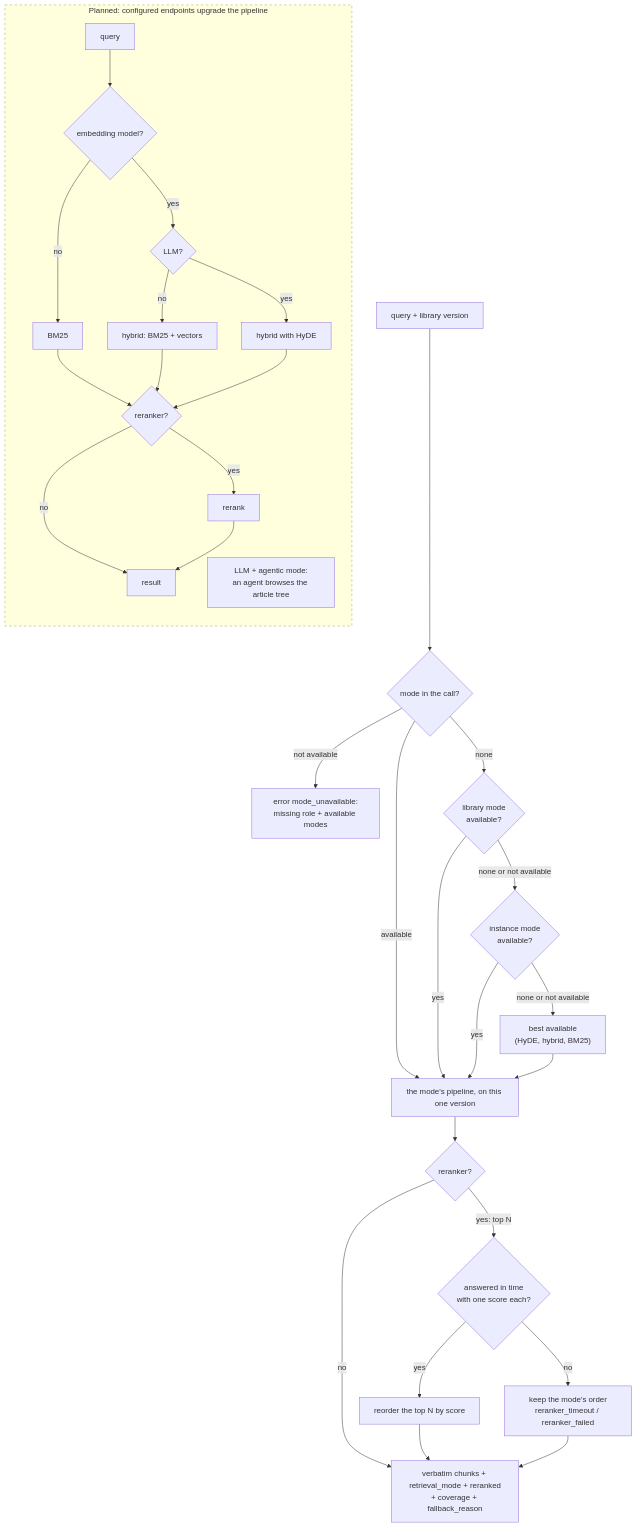
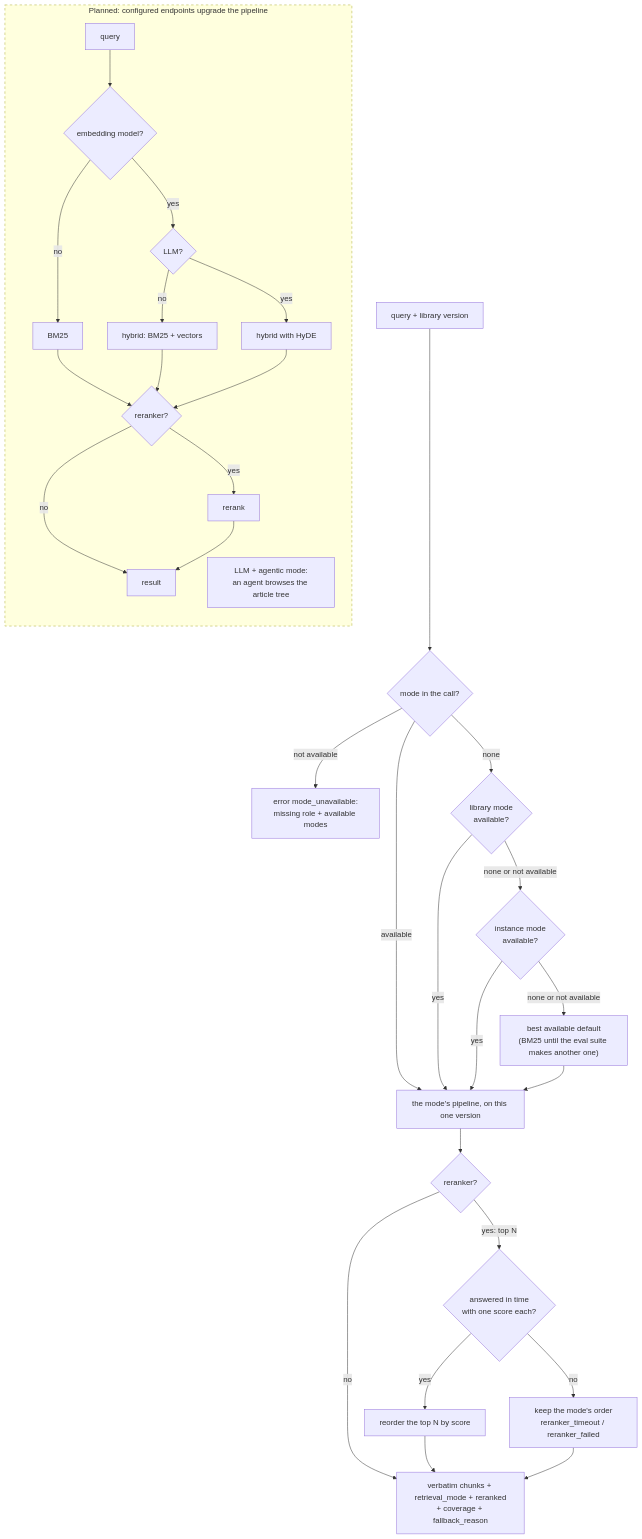
The fourth of 5 diagrams in docs/flows.md (SirCypkowskyy/ExactDocs), drawn with Mermaid before and after one commit. The commit also changed other lines of this file and 42 other files, not shown here.

````diff
--- a/docs/flows.md
+++ b/docs/flows.md
@@ -163,34 +168,34 @@
 ```mermaid
 flowchart TD
     q["query + library version"] --> asked{"mode in the call?"}
     asked -->|"available"| run
     asked -->|"not available"| err["error mode_unavailable:<br/>missing role + available modes"]
     asked -->|"none"| lib{"library mode<br/>available?"}
     lib -->|yes| run
     lib -->|"none or not available"| inst{"instance mode<br/>available?"}
     inst -->|yes| run
-    inst -->|"none or not available"| best["best available<br/>(HyDE, hybrid, BM25)"]
+    inst -->|"none or not available"| best["best available default<br/>(BM25 until the eval suite makes another one)"]
     best --> run
     run["the mode's pipeline, on this one version"] --> rer{"reranker?"}
     rer -->|no| out["verbatim chunks + retrieval_mode + reranked<br/>+ coverage + fallback_reason"]
     rer -->|"yes: top N"| scored{"answered in time<br/>with one score each?"}
     scored -->|yes| reorder["reorder the top N by score"] --> out
     scored -->|"no"| keep["keep the mode's order<br/>reranker_timeout / reranker_failed"] --> out
 
     subgraph planned ["Planned: configured endpoints upgrade the pipeline"]
         direction TB
         start["query"] --> emb
         emb{"embedding model?"} -->|no| bm25p["BM25"]
         emb -->|yes| llm{"LLM?"}
         llm -->|no| hyb["hybrid: BM25 + vectors"]
         llm -->|yes| hyde["hybrid with HyDE"]
         bm25p --> rr
         hyb --> rr
         hyde --> rr
         rr{"reranker?"} -->|yes| rerank["rerank"]
         rr -->|no| done["result"]
         rerank --> done
         agentic["LLM + agentic mode:<br/>an agent browses the article tree"]
     end
     style planned stroke-dasharray: 5 5
 ```
````
